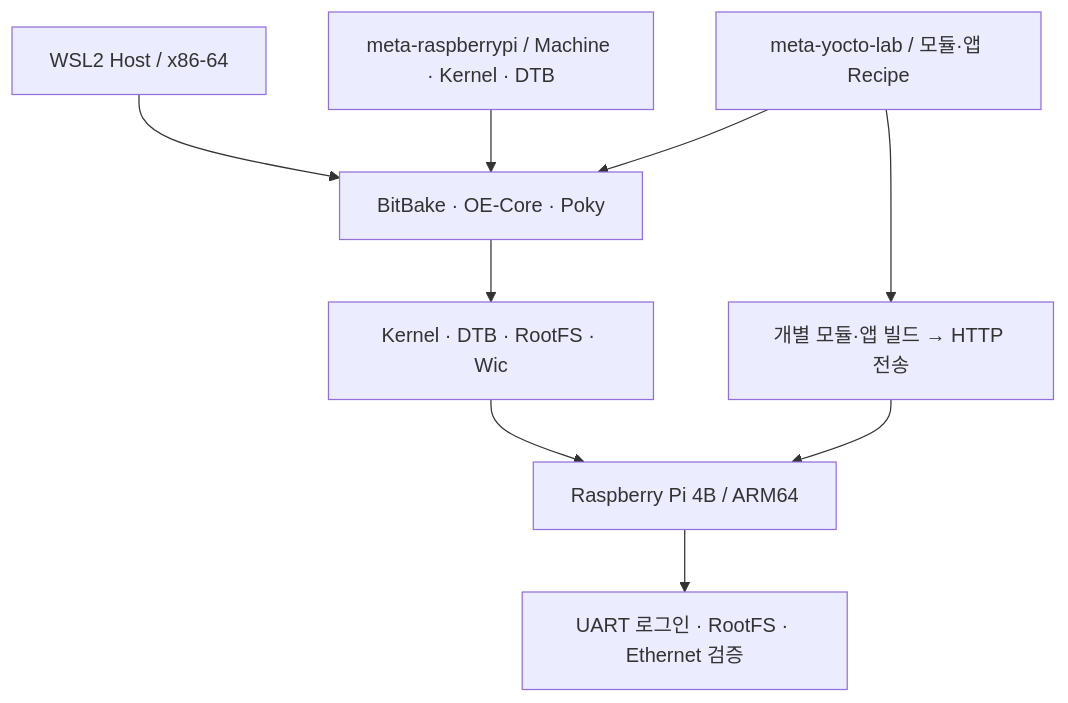
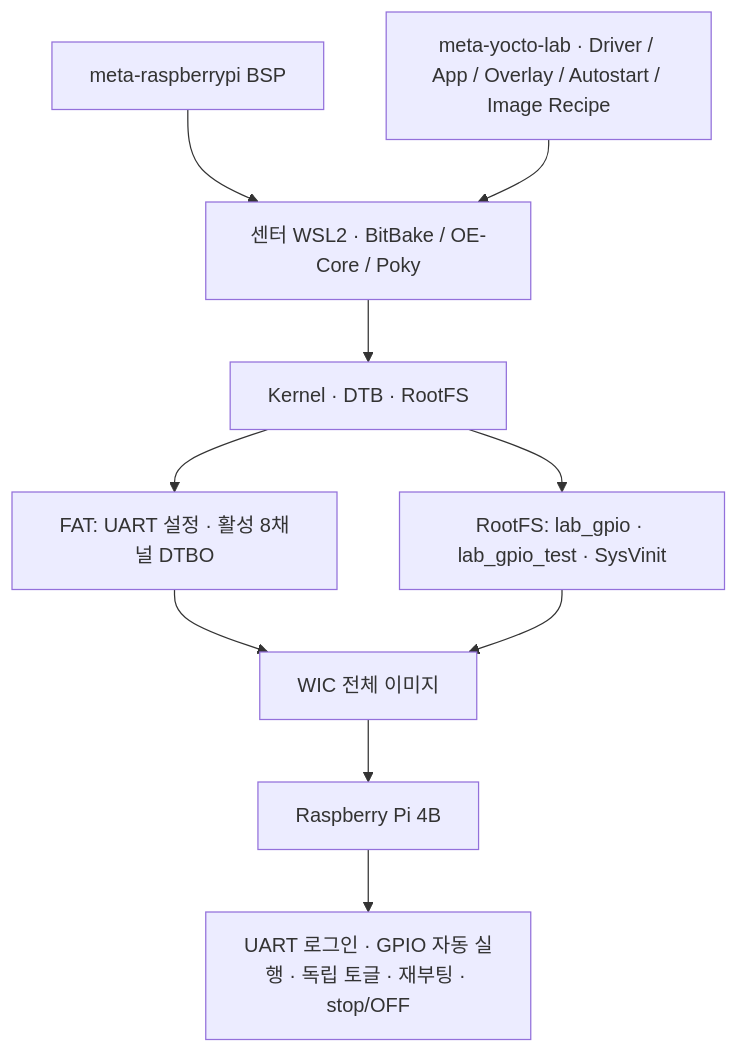
Before and after one commit to triton0305/yocto-rpi4-lab: the diagram in README.md, drawn with Mermaid. The commit also changed other lines of this file and 27 other files, not shown here.

Commit message:
feat(yocto): publish verified GPIO8 ARM64 image integration

````diff
--- a/README.md
+++ b/README.md
@@ -24,11 +17,12 @@
 ```mermaid
 flowchart TD
-    A["WSL2 Host / x86-64"] --> B["BitBake · OE-Core · Poky"]
-    C["meta-raspberrypi / Machine · Kernel · DTB"] --> B
-    D["meta-yocto-lab / 모듈·앱 Recipe"] --> B
-    B --> E["Kernel · DTB · RootFS · Wic"]
-    E --> F["Raspberry Pi 4B / ARM64"]
-    F --> G["UART 로그인 · RootFS · Ethernet 검증"]
-    D --> H["개별 모듈·앱 빌드 → HTTP 전송"]
-    H --> F
+    A["센터 WSL2 · BitBake / OE-Core / Poky"] --> D["Kernel · DTB · RootFS"]
+    B["meta-raspberrypi BSP"] --> A
+    C["meta-yocto-lab · Driver / App / Overlay / Autostart / Image Recipe"] --> A
+    D --> E["FAT: UART 설정 · 활성 8채널 DTBO"]
+    D --> F["RootFS: lab_gpio · lab_gpio_test · SysVinit"]
+    E --> G["WIC 전체 이미지"]
+    F --> G
+    G --> H["Raspberry Pi 4B"]
+    H --> I["UART 로그인 · GPIO 자동 실행 · 독립 토글 · 재부팅 · stop/OFF"]
 ```
````
